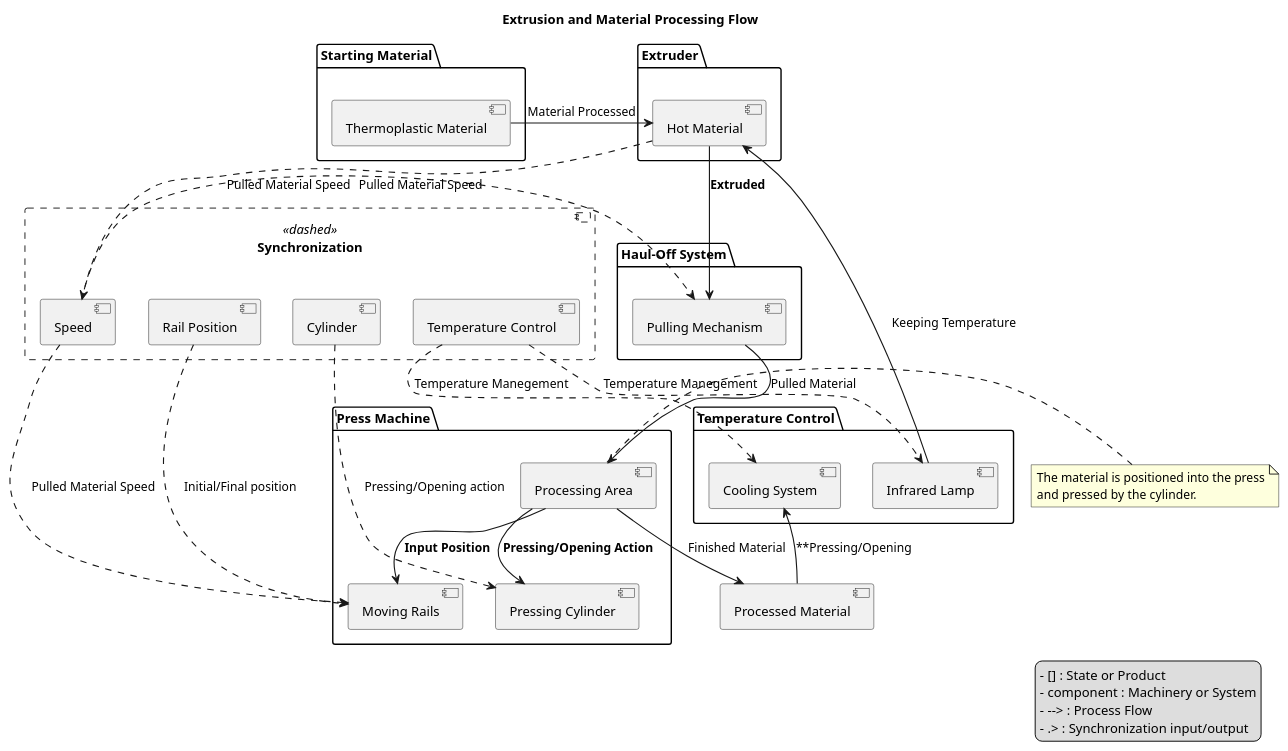
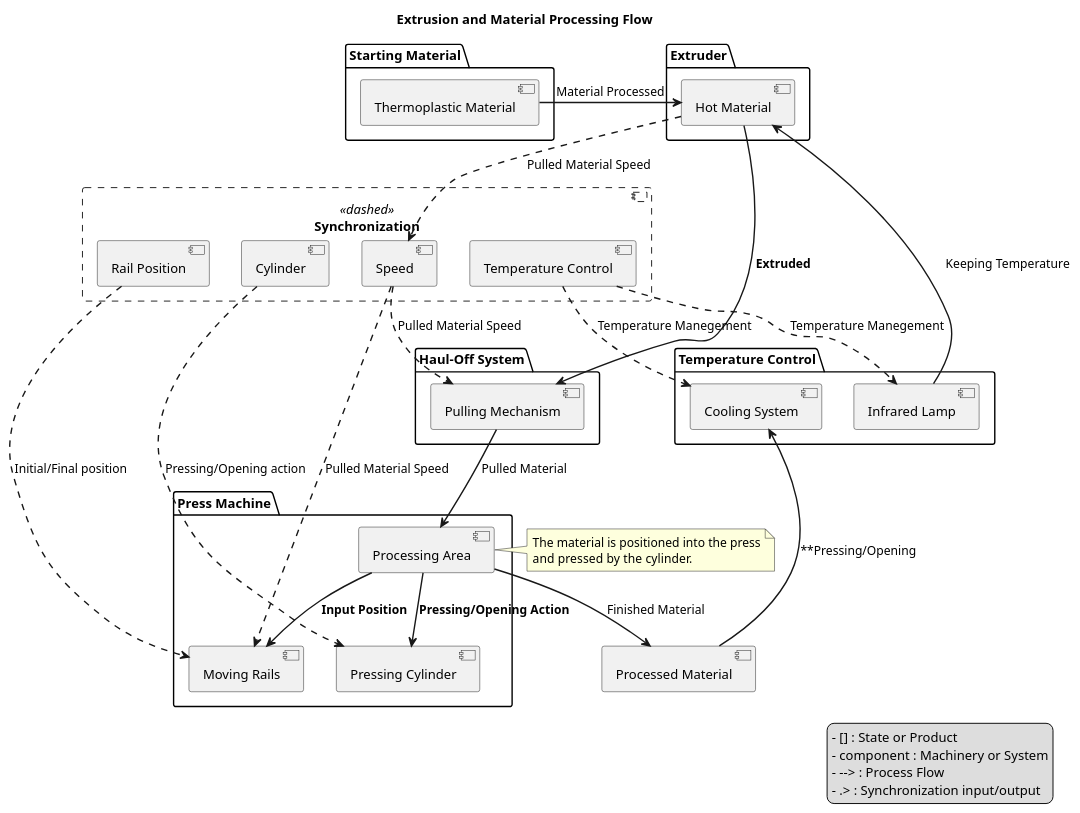
Before and after one commit to Arne-21/project-industrial-automation-TPAC: the diagram in mdbook/src/chapter_34.md, drawn with PlantUML. The commit also changed 5 other files, not shown here.

Commit message:
interaction diagram

````diff
--- a/mdbook/src/chapter_34.md
+++ b/mdbook/src/chapter_34.md
@@ -2,80 +2,80 @@
 ```plantuml
 @startuml ExtrusionProcess
 ' Title of the diagram
 title Extrusion and Material Processing Flow
-skinparam ArrowThickness 1.2
+skinparam ArrowThickness 1.5
 
 skinparam component<<dashed>> {
     BorderStyle dashed
 }
 skinparam component<<Solid>> {
-    BorderStyle LineThickness 4
+    BorderStyle LineThickness 6
 }
 package StartingMaterial as "Starting Material" {
   [Thermoplastic Material]
 }
 ' Definitions of the main components
 package Extruder {
   [Hot Material]
 }
 package HaulOff as "Haul-Off System" {
   [Pulling Mechanism]
 }
 package Press as "Press Machine"{
   [Pressing Cylinder]
   [Moving Rails]
   [Processing Area]
 
 }
 
     component Synchronization <<dashed>>{
     [Speed]
     [Rail Position]
     [Cylinder]
     [Temperature Control]
 
 }
     package Temperature_Control as "Temperature Control"{
     [Infrared Lamp]
     [Cooling System]
 }
 
 ' Material flow and actions
 [Thermoplastic Material] -> [Hot Material] : Material Processed
 [Hot Material] --> [Pulling Mechanism] : **Extruded**
 [Infrared Lamp] -up-> [Hot Material] : Keeping Temperature
 
 
 
 ' Movement and Processing of the Material
 [Pulling Mechanism] --> [Processing Area] : Pulled Material
 
 ' Description of movements in the Press
 [Processing Area] -down-> [Moving Rails] : **Input Position**
 [Processing Area] -down-> [Pressing Cylinder] : **Pressing/Opening Action**
 
 [Processing Area] --> [Processed Material] : Finished Material
 note right of [Processing Area]
     The material is positioned into the press
     and pressed by the cylinder.
 end note
 
 ' Legend
 legend right
   - [] : State or Product
   - component : Machinery or System
   - --> : Process Flow
   - .> : Synchronization input/output
 end legend
 [Processed Material] -up-> [Cooling System] : **Pressing/Opening 
 
 'Synchronization of the whole process
-[Speed] .right.> [Pulling Mechanism] : Pulled Material Speed
-[Hot Material] .right.> [Speed] : Pulled Material Speed
-[Speed] .right.> [Moving Rails] : Pulled Material Speed
+[Speed] ..> [Pulling Mechanism] : Pulled Material Speed
+[Hot Material] ..> [Speed] : Pulled Material Speed
+[Speed] ..> [Moving Rails] : Pulled Material Speed
 [Rail Position] ..> [Moving Rails] : Initial/Final position
 [Cylinder] ..> [Pressing Cylinder] : Pressing/Opening action
 [Temperature Control] ..> [Infrared Lamp] : Temperature Manegement
 [Temperature Control] ..> [Cooling System] : Temperature Manegement
 @enduml
 ```
````
